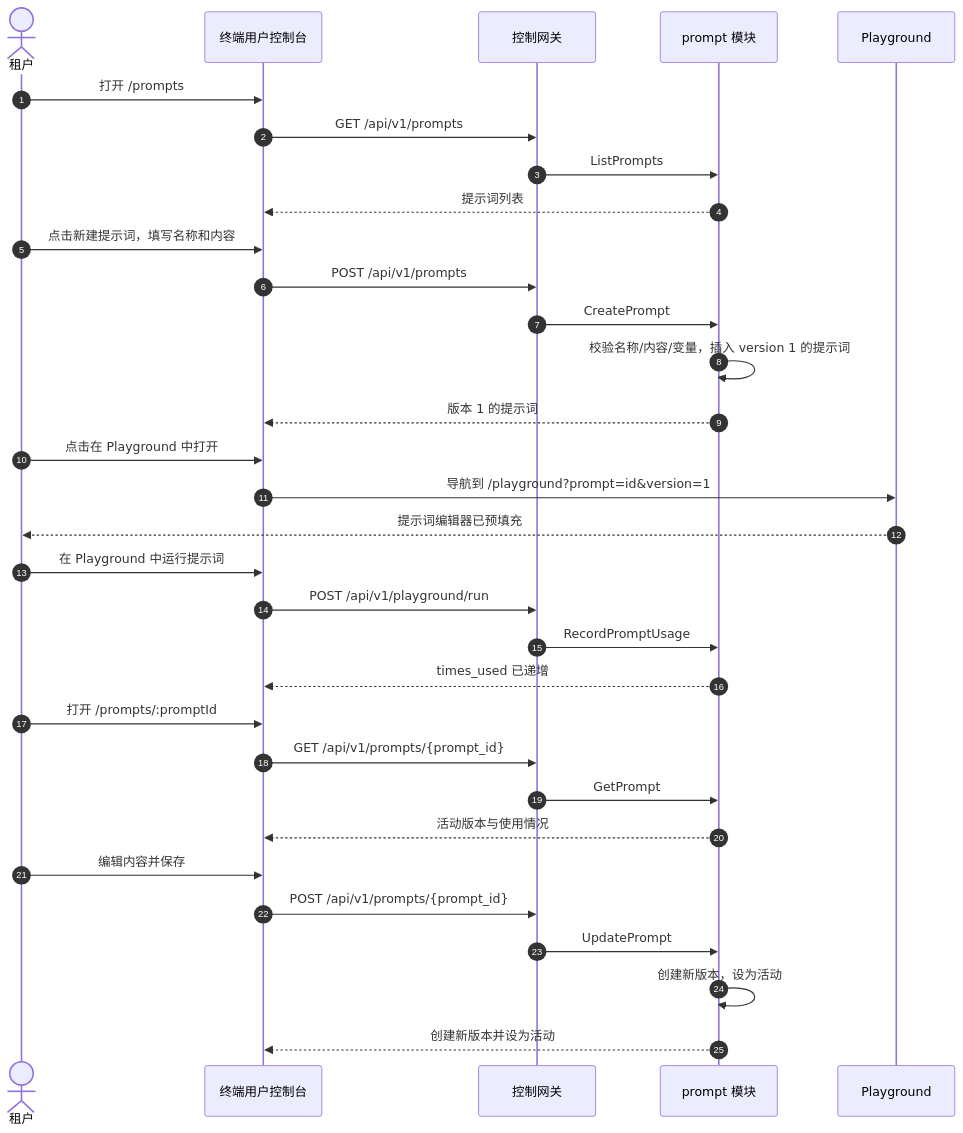
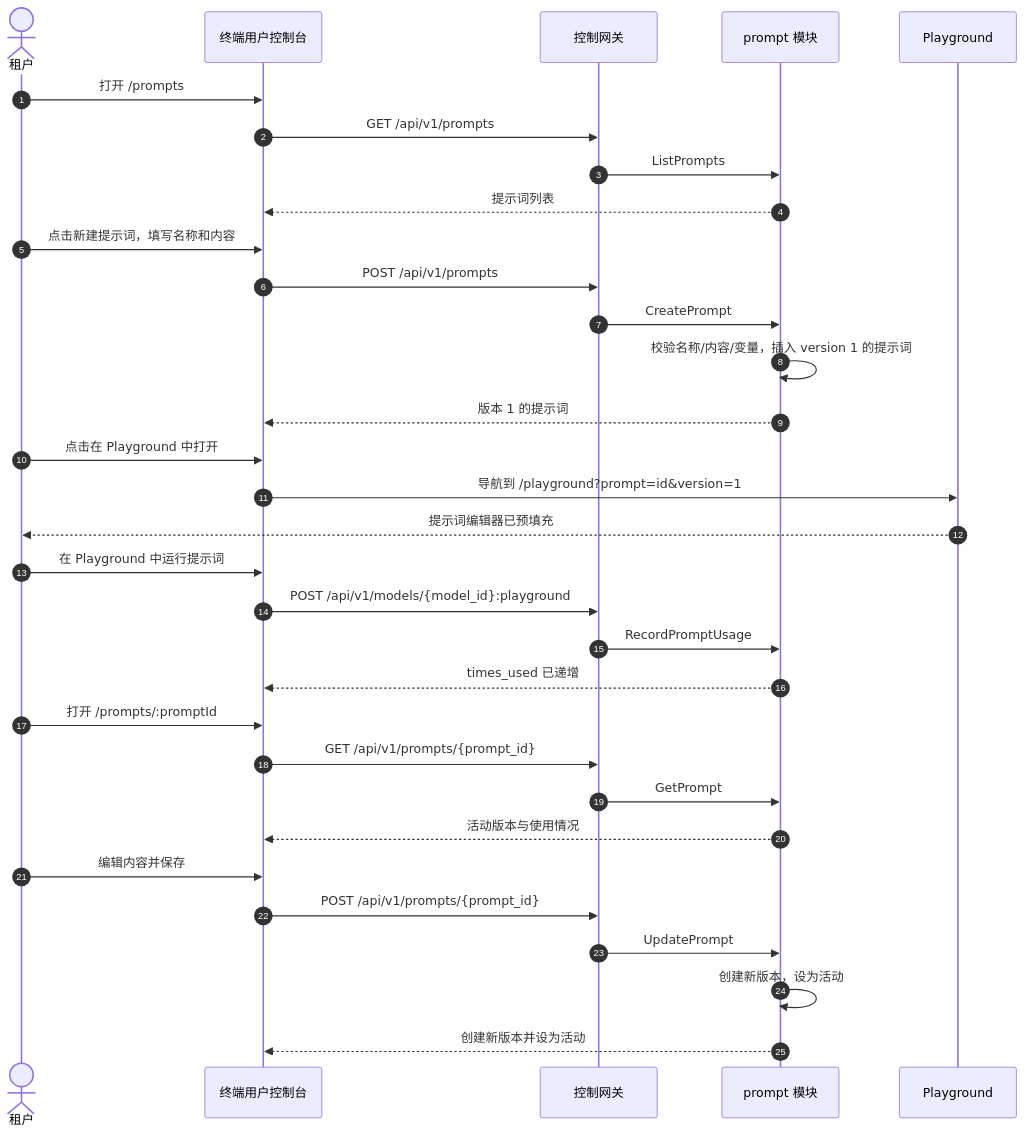
Before and after one commit to go-taas/go-taas: the second of 5 diagrams in site/docs/architecture/prompt-management.zh-cn.md, drawn with Mermaid. The commit also changed other lines of this file and 209 other files, not shown here.

````diff
--- a/site/docs/architecture/prompt-management.zh-cn.md
+++ b/site/docs/architecture/prompt-management.zh-cn.md
@@ -803,35 +803,35 @@
 ```mermaid
 sequenceDiagram
     autonumber
     actor U as 租户
     participant UI as 终端用户控制台
     participant CGW as 控制网关
     participant P as prompt 模块
     participant PL as Playground
 
     U->>UI: 打开 /prompts
     UI->>CGW: GET /api/v1/prompts
     CGW->>P: ListPrompts
     P-->>UI: 提示词列表
     U->>UI: 点击新建提示词，填写名称和内容
     UI->>CGW: POST /api/v1/prompts
     CGW->>P: CreatePrompt
     P->>P: 校验名称/内容/变量，插入 version 1 的提示词
     P-->>UI: 版本 1 的提示词
     U->>UI: 点击在 Playground 中打开
     UI->>PL: 导航到 /playground?prompt=id&version=1
     PL-->>U: 提示词编辑器已预填充
     U->>UI: 在 Playground 中运行提示词
-    UI->>CGW: POST /api/v1/playground/run
+    UI->>CGW: POST /api/v1/models/{model_id}:playground
     CGW->>P: RecordPromptUsage
     P-->>UI: times_used 已递增
     U->>UI: 打开 /prompts/:promptId
     UI->>CGW: GET /api/v1/prompts/{prompt_id}
     CGW->>P: GetPrompt
     P-->>UI: 活动版本与使用情况
     U->>UI: 编辑内容并保存
     UI->>CGW: POST /api/v1/prompts/{prompt_id}
     CGW->>P: UpdatePrompt
     P->>P: 创建新版本，设为活动
     P-->>UI: 创建新版本并设为活动
 ```
````
